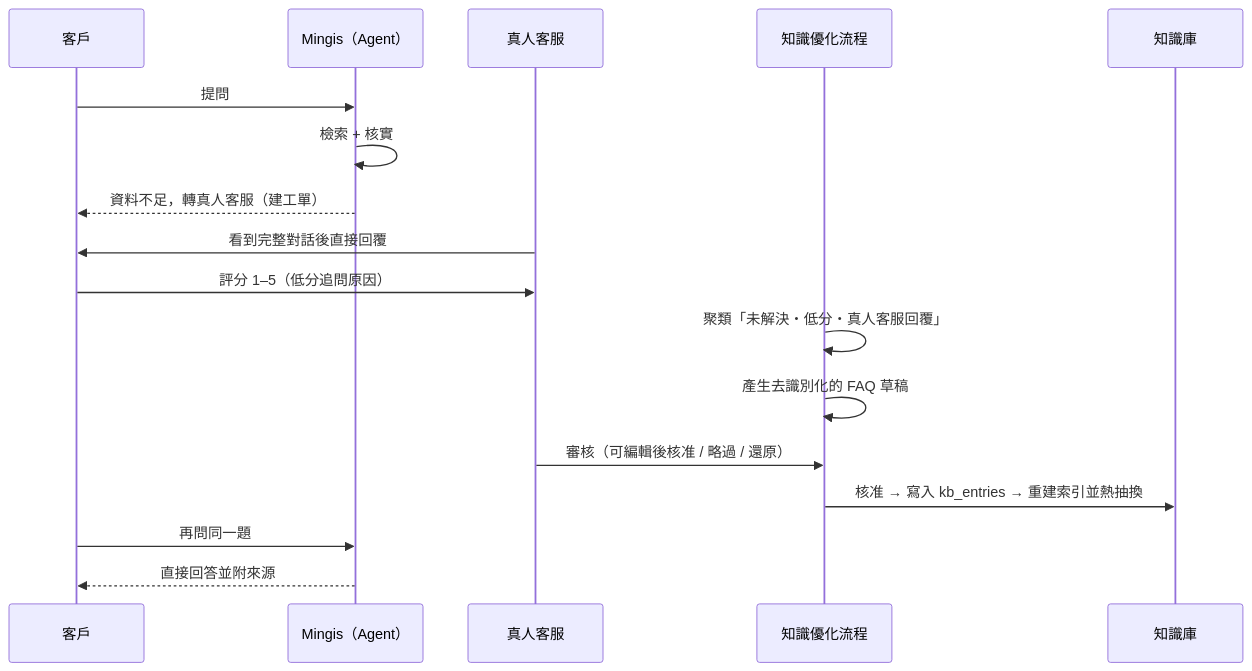
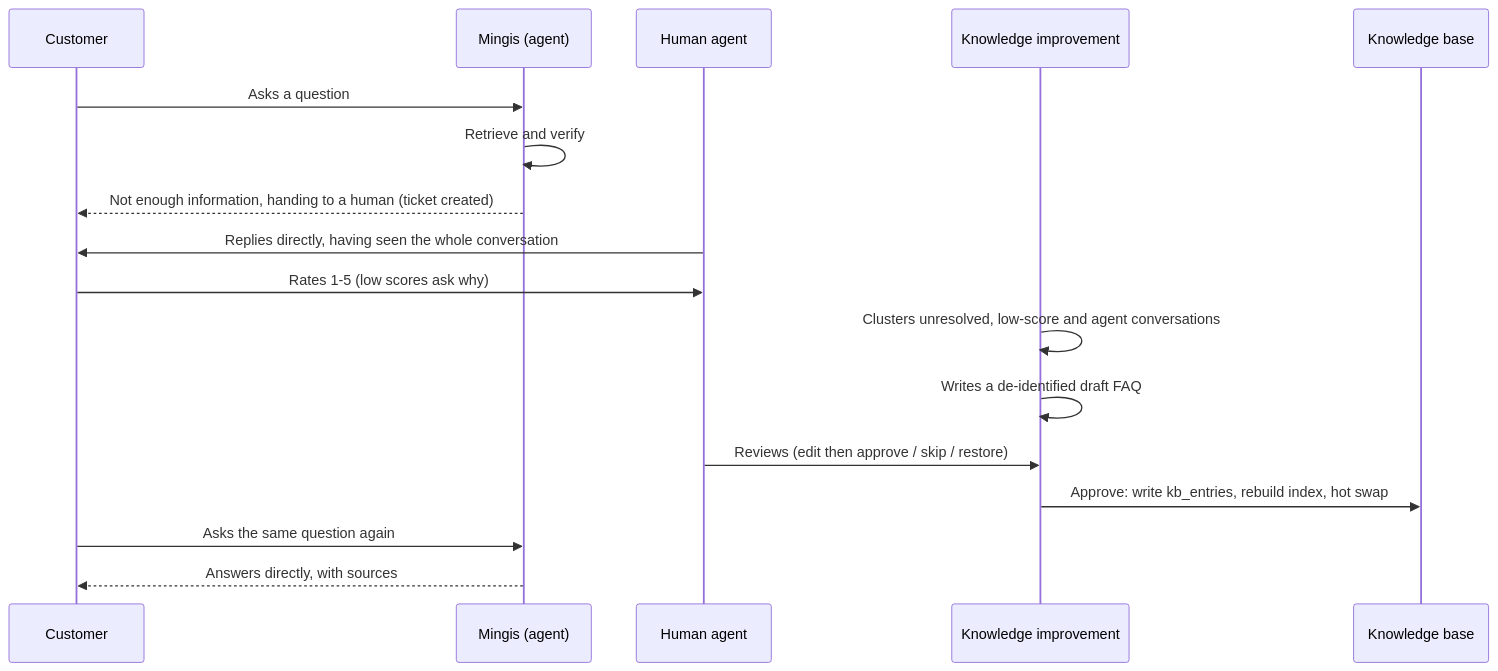
Before and after one commit to YvetLo/mingis-banking-ai-agent: the fourth of 4 diagrams in docs/architecture.md, drawn with Mermaid. The commit also changed other lines of this file and 11 other files, not shown here.

````diff
--- a/docs/architecture.md
+++ b/docs/architecture.md
@@ -173,20 +174,20 @@
 ```mermaid
 sequenceDiagram
-    participant U as 客戶
-    participant M as Mingis（Agent）
-    participant H as 真人客服
-    participant P as 知識優化流程
-    participant K as 知識庫
+    participant U as Customer
+    participant M as Mingis (agent)
+    participant H as Human agent
+    participant P as Knowledge improvement
+    participant K as Knowledge base
 
-    U->>M: 提問
-    M->>M: 檢索 + 核實
-    M-->>U: 資料不足，轉真人客服（建工單）
-    H->>U: 看到完整對話後直接回覆
-    U->>H: 評分 1–5（低分追問原因）
-    P->>P: 聚類「未解決・低分・真人客服回覆」
-    P->>P: 產生去識別化的 FAQ 草稿
-    H->>P: 審核（可編輯後核准 / 略過 / 還原）
-    P->>K: 核准 → 寫入 kb_entries → 重建索引並熱抽換
-    U->>M: 再問同一題
-    M-->>U: 直接回答並附來源
+    U->>M: Asks a question
+    M->>M: Retrieve and verify
+    M-->>U: Not enough information, handing to a human (ticket created)
+    H->>U: Replies directly, having seen the whole conversation
+    U->>H: Rates 1-5 (low scores ask why)
+    P->>P: Clusters unresolved, low-score and agent conversations
+    P->>P: Writes a de-identified draft FAQ
+    H->>P: Reviews (edit then approve / skip / restore)
+    P->>K: Approve: write kb_entries, rebuild index, hot swap
+    U->>M: Asks the same question again
+    M-->>U: Answers directly, with sources
 ```
````
